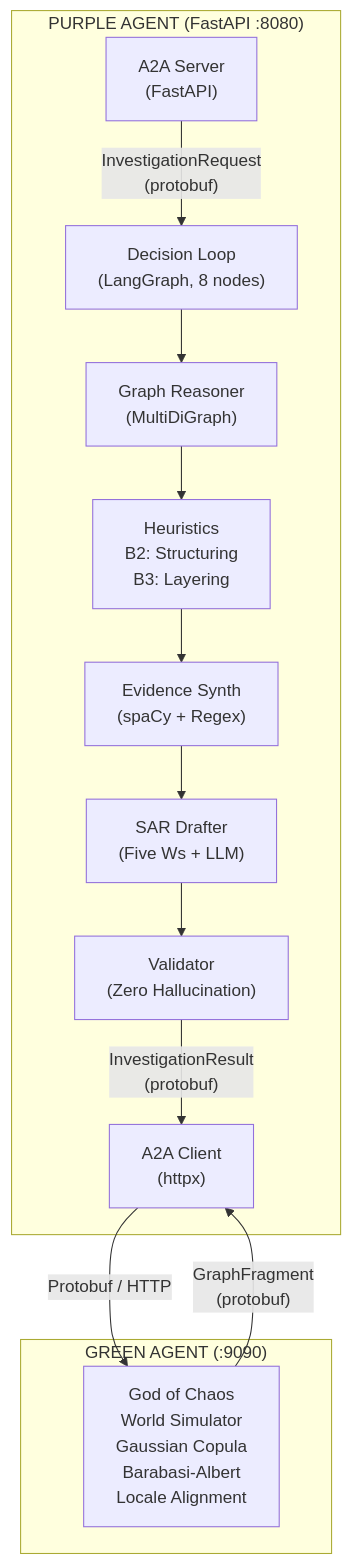
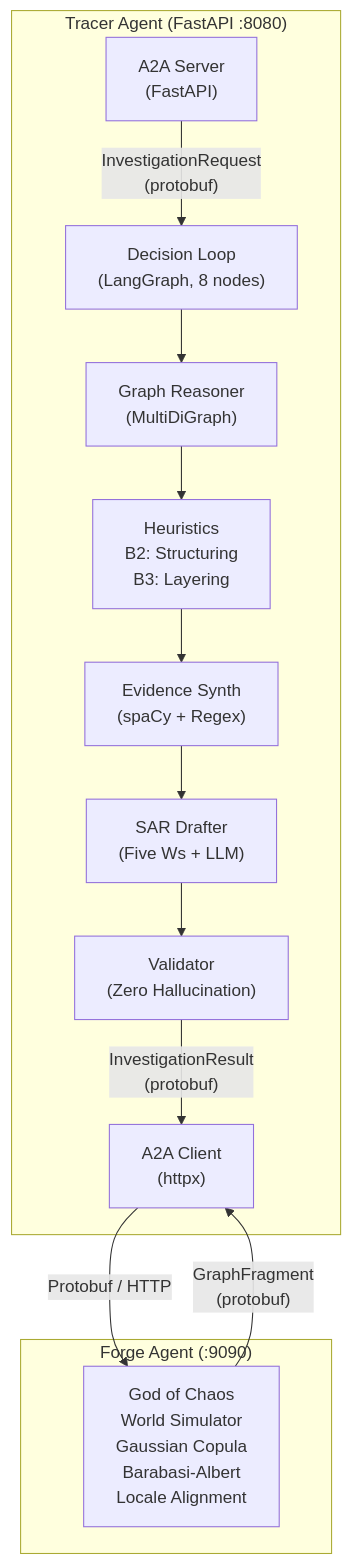
Before and after one commit to Praneshrajan137/ARGUS-Agentic-Graph-Forensics-for-Autonomous-AML-Investigation-SAR-Generation: the first of 3 diagrams in purple_agent/ARCHITECTURE.md, drawn with Mermaid. The commit also changed other lines of this file and 39 other files, not shown here.

Commit message:
chore: rename agents to Forge/Tracer and rebrand to ARGUS

````diff
--- a/purple_agent/ARCHITECTURE.md
+++ b/purple_agent/ARCHITECTURE.md
@@ -66,27 +66,27 @@
 ```mermaid
 graph TB
-    subgraph PurpleAgent["PURPLE AGENT (FastAPI :8080)"]
+    subgraph PurpleAgent["Tracer Agent (FastAPI :8080)"]
         A2AServer["A2A Server\n(FastAPI)"]
         DecisionLoop["Decision Loop\n(LangGraph, 8 nodes)"]
         GraphReasoner["Graph Reasoner\n(MultiDiGraph)"]
         Heuristics["Heuristics\nB2: Structuring\nB3: Layering"]
         A2AClient["A2A Client\n(httpx)"]
         EvidenceSynth["Evidence Synth\n(spaCy + Regex)"]
         SARDrafter["SAR Drafter\n(Five Ws + LLM)"]
         Validator["Validator\n(Zero Hallucination)"]
     end
 
-    subgraph GreenAgent["GREEN AGENT (:9090)"]
+    subgraph GreenAgent["Forge Agent (:9090)"]
         GreenCore["God of Chaos\nWorld Simulator\nGaussian Copula\nBarabasi-Albert\nLocale Alignment"]
     end
 
     A2AServer -->|"InvestigationRequest\n(protobuf)"| DecisionLoop
     DecisionLoop --> GraphReasoner
     GraphReasoner --> Heuristics
     Heuristics --> EvidenceSynth
     EvidenceSynth --> SARDrafter
     SARDrafter --> Validator
     Validator -->|"InvestigationResult\n(protobuf)"| A2AClient
     A2AClient -->|"Protobuf / HTTP"| GreenCore
     GreenCore -->|"GraphFragment\n(protobuf)"| A2AClient
 ```
````
